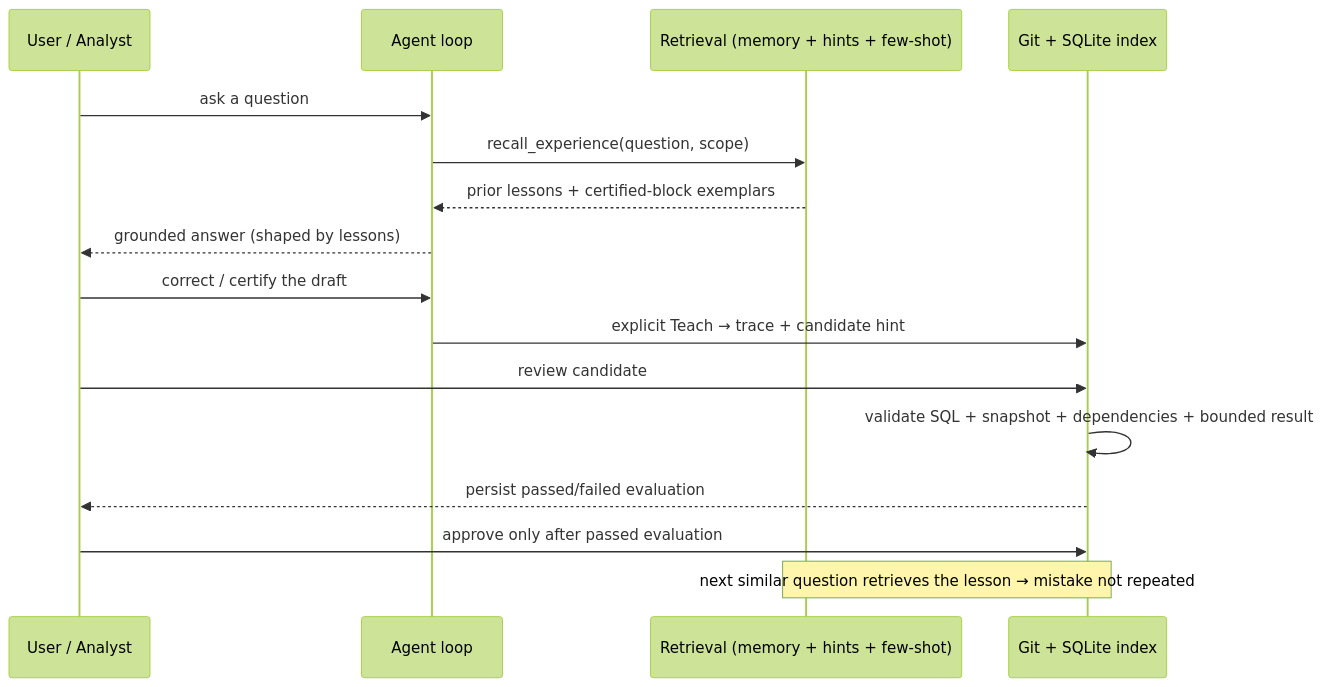
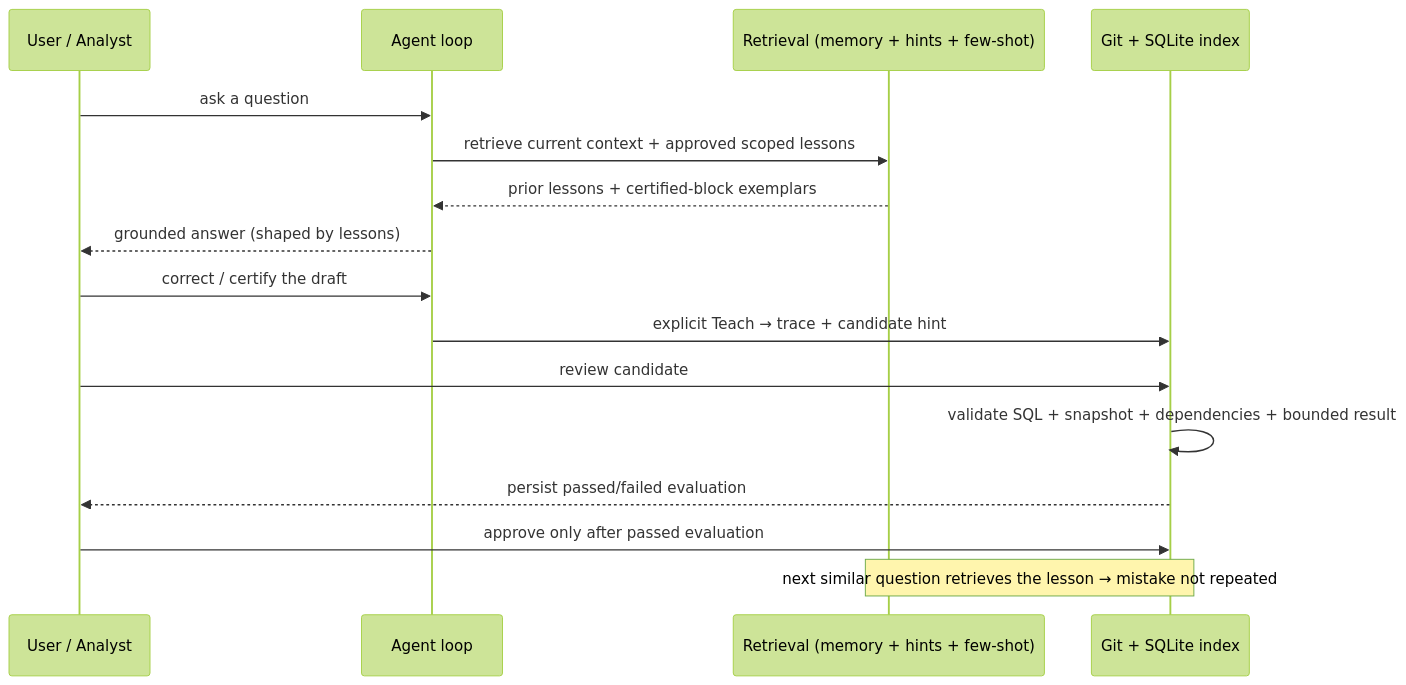
One commit to duckcode-ai/dql changed the third of 5 diagrams in docs/architecture/agentic-loop/07-memory-and-learning.md. Above: the diagram before and after it, drawn with Mermaid (forest theme). The commit also changed other lines of this file and 35 other files, not shown here.

Commit message:
feat: add governed lessons and scoped metadata discovery

````diff
--- a/docs/architecture/agentic-loop/07-memory-and-learning.md
+++ b/docs/architecture/agentic-loop/07-memory-and-learning.md
@@ -102,19 +135,19 @@
 ```mermaid
 sequenceDiagram
     participant U as User / Analyst
     participant L as Agent loop
     participant R as Retrieval (memory + hints + few-shot)
     participant G as Git + SQLite index
 
     U->>L: ask a question
-    L->>R: recall_experience(question, scope)
+    L->>R: retrieve current context + approved scoped lessons
     R-->>L: prior lessons + certified-block exemplars
     L-->>U: grounded answer (shaped by lessons)
     U->>L: correct / certify the draft
     L->>G: explicit Teach → trace + candidate hint
     U->>G: review candidate
     G->>G: validate SQL + snapshot + dependencies + bounded result
     G-->>U: persist passed/failed evaluation
     U->>G: approve only after passed evaluation
     Note over G,R: next similar question retrieves the lesson → mistake not repeated
 ```
````
